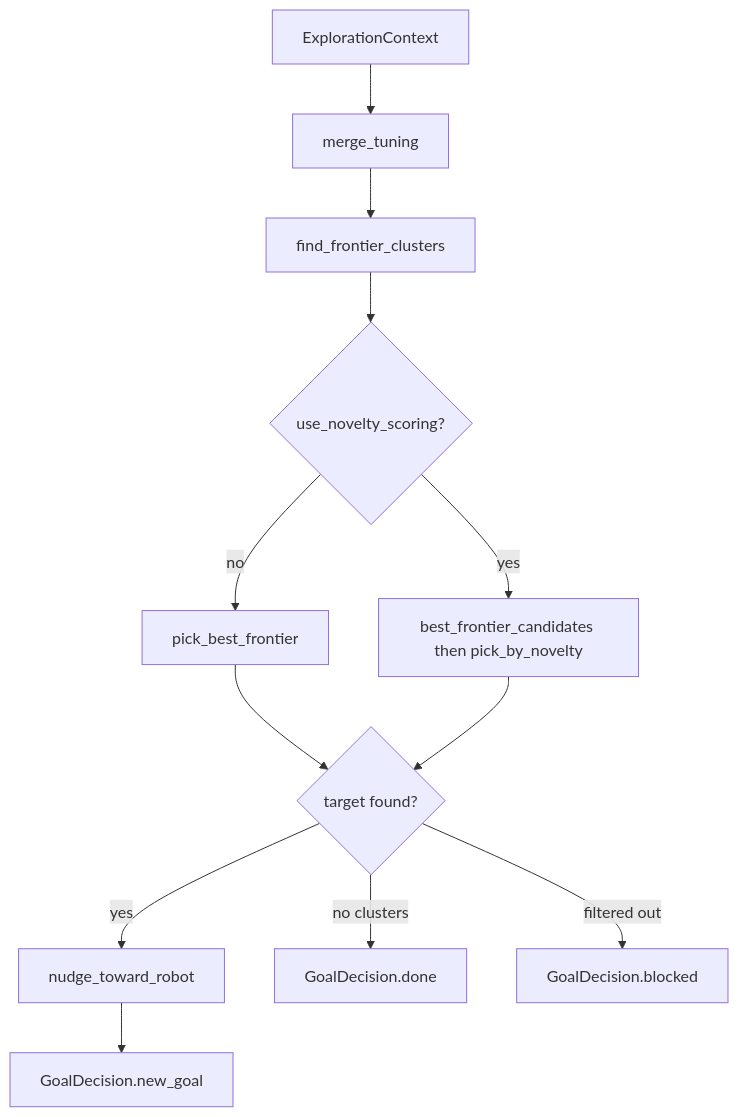
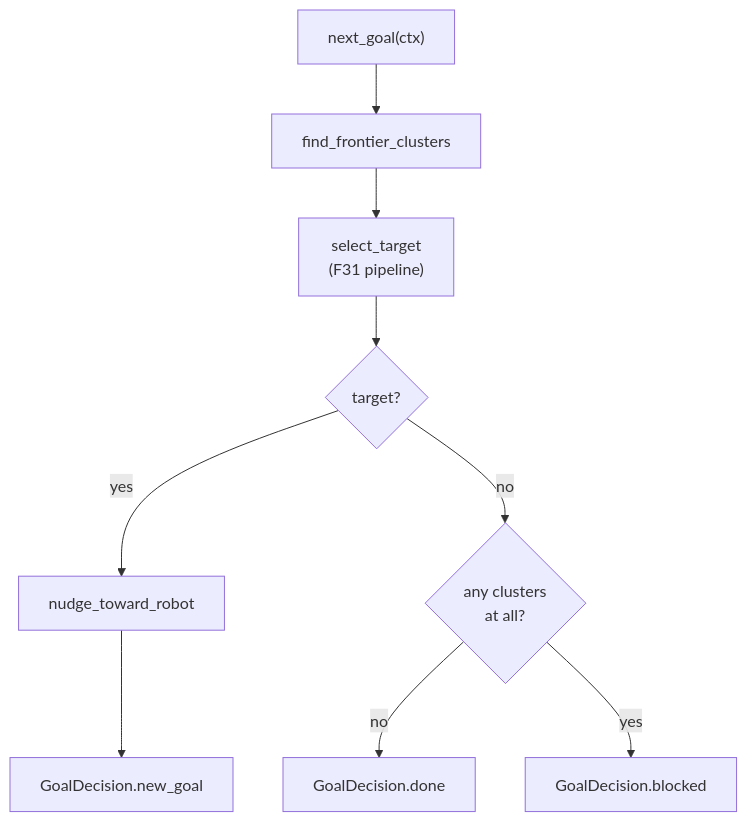
The diagram in 01-literate/08-frontier_algorithm.md (Boston-Robot-Hackers/dome_nav), drawn with Mermaid before and after one commit. The commit also changed other lines of this file and 14 other files, not shown here.

First line of the commit message:
docs(literate): regenerate 01-literate + add architecture overview

````diff
--- a/01-literate/08-frontier_algorithm.md
+++ b/01-literate/08-frontier_algorithm.md
@@ -188,14 +74,11 @@
 ```mermaid
 flowchart TD
-    A[ExplorationContext] --> B[merge_tuning]
-    B --> C[find_frontier_clusters]
-    C --> S{use_novelty_scoring?}
-    S -->|no| P[pick_best_frontier]
-    S -->|yes| N[best_frontier_candidates then pick_by_novelty]
-    P --> D{target found?}
-    N --> D
-    D -->|yes| E[nudge_toward_robot]
-    E --> F[GoalDecision.new_goal]
-    D -->|no clusters| G[GoalDecision.done]
-    D -->|filtered out| H[GoalDecision.blocked]
+    A["next_goal(ctx)"] --> B["find_frontier_clusters"]
+    B --> C["select_target<br/>(F31 pipeline)"]
+    C --> D{"target?"}
+    D -->|yes| E["nudge_toward_robot"]
+    E --> F["GoalDecision.new_goal"]
+    D -->|no| G{"any clusters<br/>at all?"}
+    G -->|no| H["GoalDecision.done"]
+    G -->|yes| I["GoalDecision.blocked"]
 ```
````
